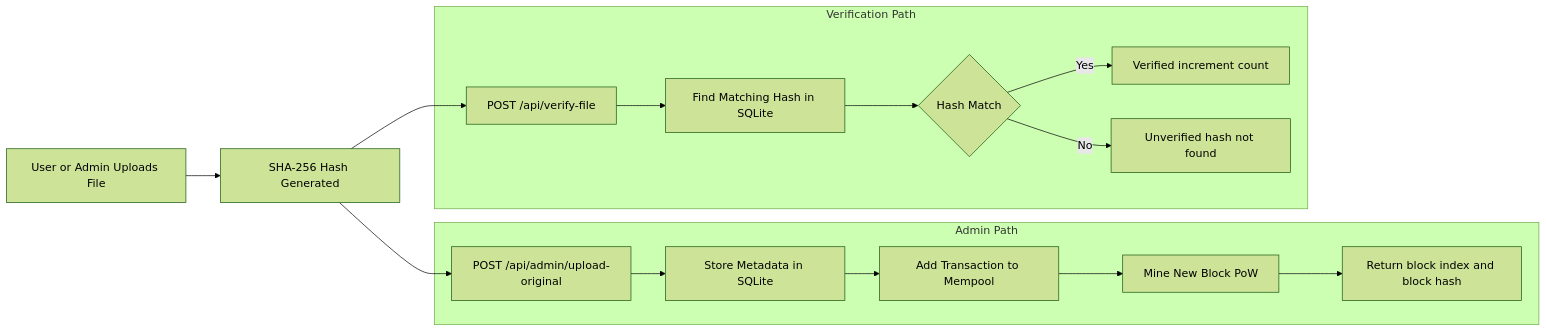
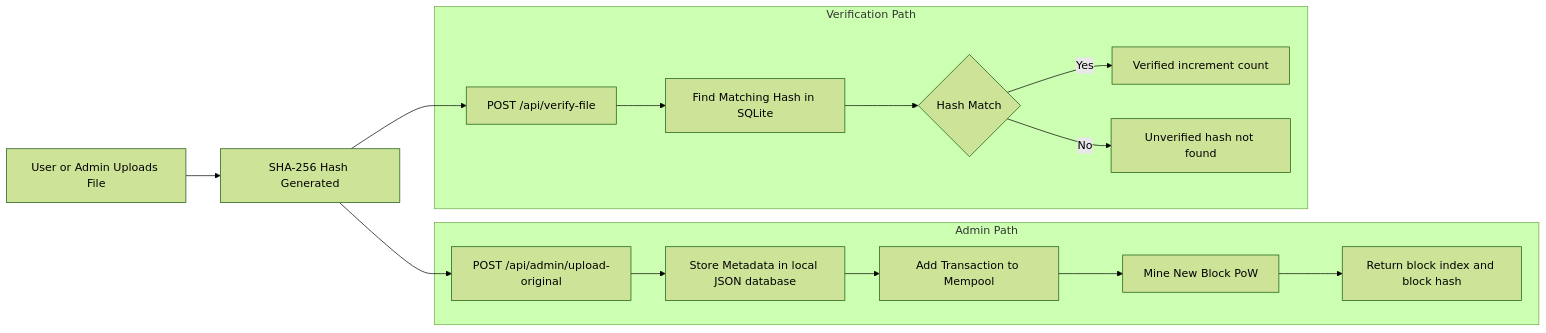
Before and after one commit to codieez/Blockchain-based-file-integrity-checker: the diagram in README.md, drawn with Mermaid (forest theme). The commit also changed other lines of this file and 20 other files, not shown here.

````diff
--- a/README.md
+++ b/README.md
@@ -93,31 +134,31 @@
 ```mermaid
 flowchart LR
     U[User or Admin Uploads File]
     H[SHA-256 Hash Generated]
 
     subgraph ADMIN_PATH [Admin Path]
         A1[POST /api/admin/upload-original]
-        A2[Store Metadata in SQLite]
+        A2[Store Metadata in local JSON database]
         A3[Add Transaction to Mempool]
         A4[Mine New Block PoW]
         A5[Return block index and block hash]
     end
 
     subgraph VERIFY_PATH [Verification Path]
         V1[POST /api/verify-file]
         V2[Find Matching Hash in SQLite]
         V3{Hash Match}
         V4[Verified increment count]
         V5[Unverified hash not found]
     end
 
     U --> H
     H --> A1
     H --> V1
 
     A1 --> A2 --> A3 --> A4 --> A5
     V1 --> V2 --> V3
     V3 -->|Yes| V4
     V3 -->|No| V5
 
 ```
````
